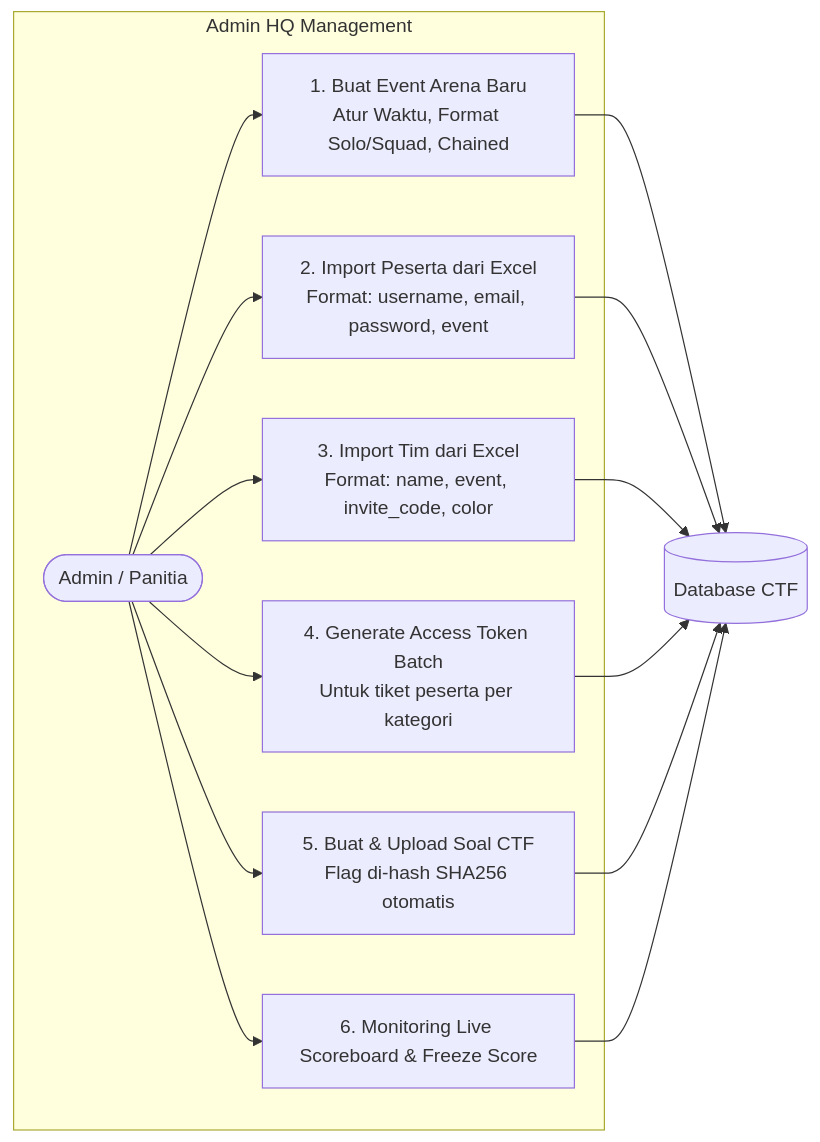
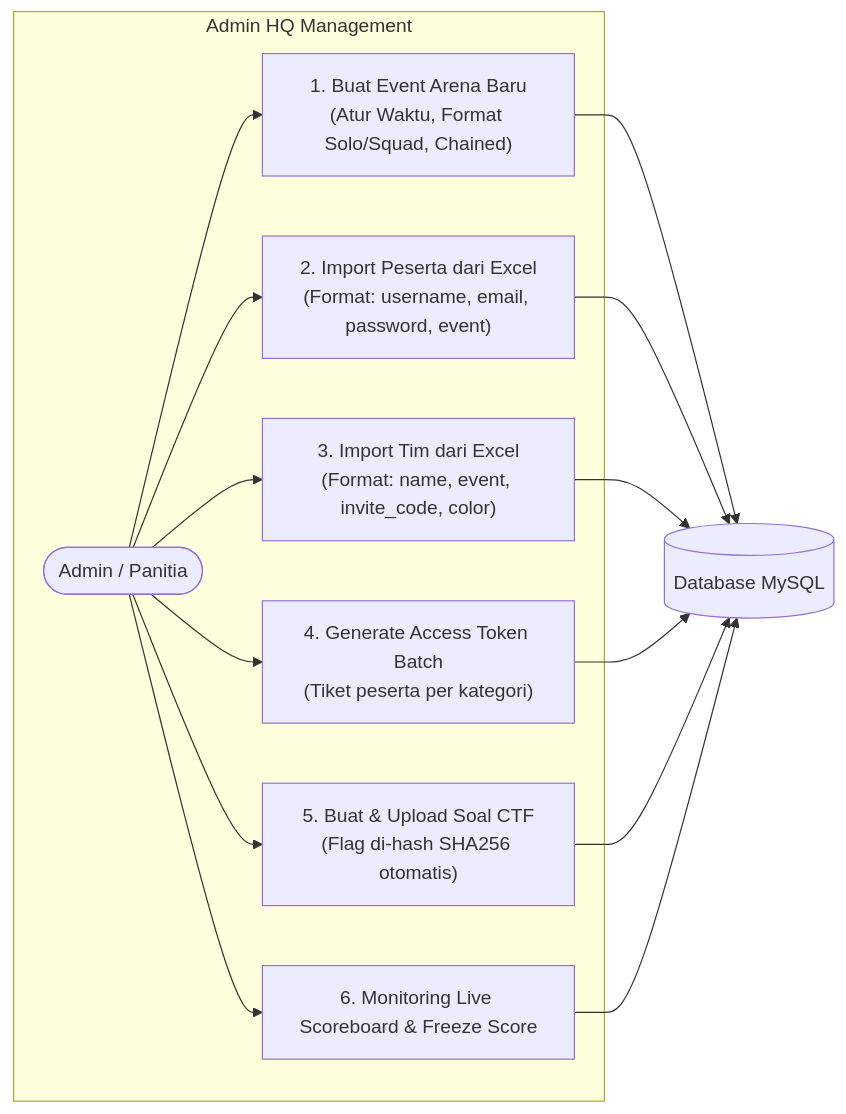
One commit to irizkyw/riseranger2-incident-response changed the fifth of 6 diagrams in README.md. Above: the diagram before and after it, drawn with Mermaid. The commit also changed other lines of this file and 5 other files, not shown here.

````diff
--- a/README.md
+++ b/README.md
@@ -207,18 +215,18 @@
 ```mermaid
 flowchart LR
     subgraph ADMIN_FLOW["Admin HQ Management"]
-        ADM([Admin / Panitia]) --> A1[1. Buat Event Arena Baru\nAtur Waktu, Format Solo/Squad, Chained]
-        ADM --> A2[2. Import Peserta dari Excel\nFormat: username, email, password, event]
-        ADM --> A3[3. Import Tim dari Excel\nFormat: name, event, invite_code, color]
-        ADM --> A4[4. Generate Access Token Batch\nUntuk tiket peserta per kategori]
-        ADM --> A5[5. Buat & Upload Soal CTF\nFlag di-hash SHA256 otomatis]
-        ADM --> A6[6. Monitoring Live Scoreboard & Freeze Score]
+        ADM(["Admin / Panitia"]) --> A1["1. Buat Event Arena Baru<br/>(Atur Waktu, Format Solo/Squad, Chained)"]
+        ADM --> A2["2. Import Peserta dari Excel<br/>(Format: username, email, password, event)"]
+        ADM --> A3["3. Import Tim dari Excel<br/>(Format: name, event, invite_code, color)"]
+        ADM --> A4["4. Generate Access Token Batch<br/>(Tiket peserta per kategori)"]
+        ADM --> A5["5. Buat & Upload Soal CTF<br/>(Flag di-hash SHA256 otomatis)"]
+        ADM --> A6["6. Monitoring Live Scoreboard & Freeze Score"]
     end
 
-    A1 --> DB[(Database CTF)]
+    A1 --> DB[("Database MySQL")]
     A2 --> DB
     A3 --> DB
     A4 --> DB
     A5 --> DB
     A6 --> DB
 ```
````
